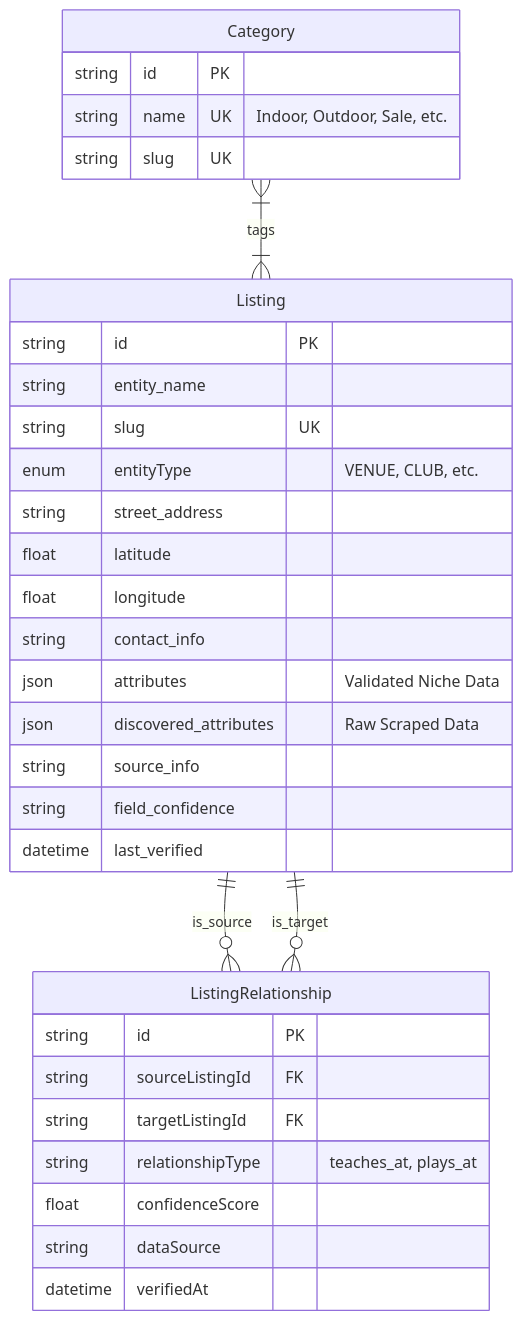
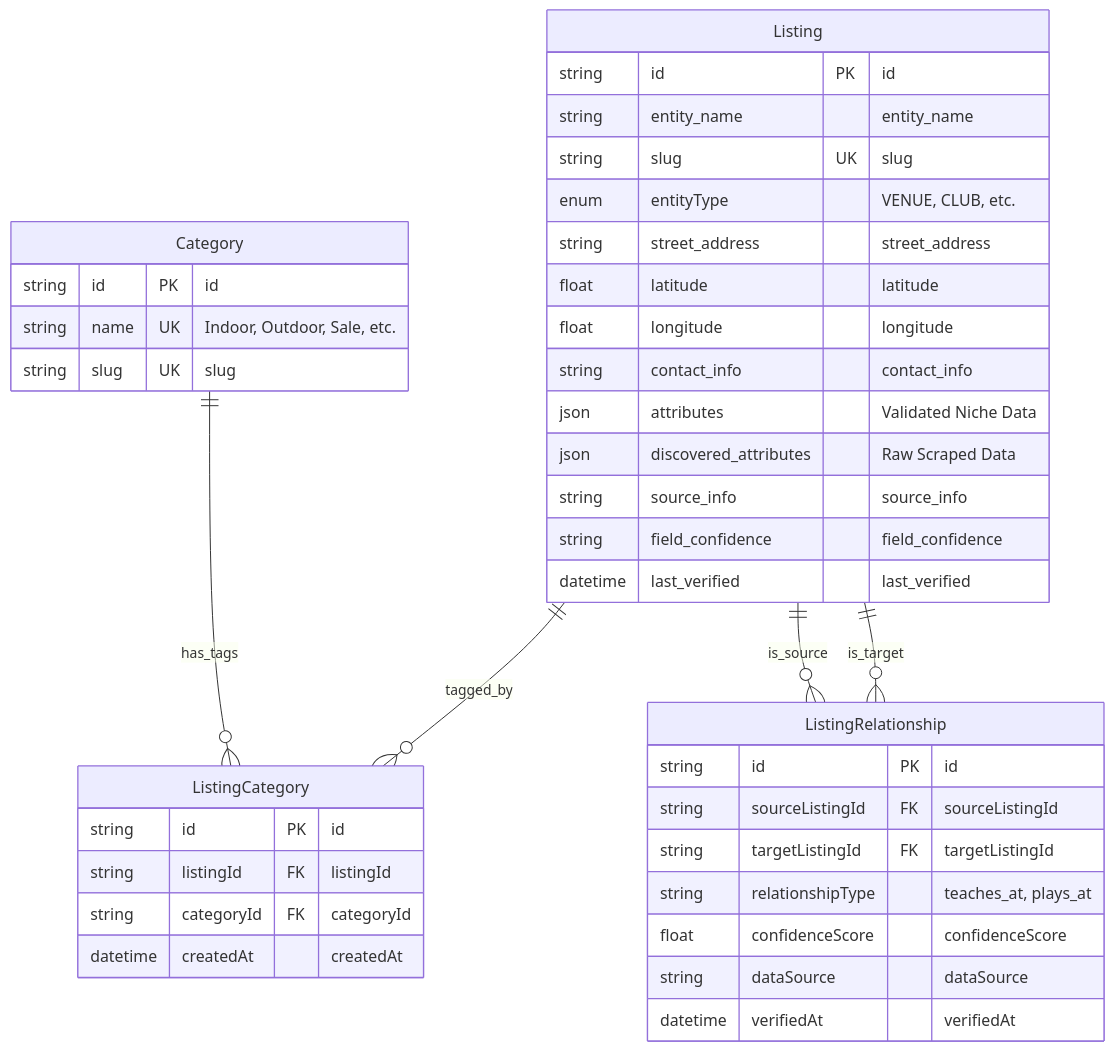
One commit to LarjGit/edinburgh-finds changed the first of 3 diagrams in ARCHITECTURE.md. Above: the diagram before and after it, drawn with Mermaid. The commit also changed other lines of this file and 8 other files, not shown here.

Commit message:
docs: update mermaid standards and C4 diagrams

````diff
--- a/ARCHITECTURE.md
+++ b/ARCHITECTURE.md
@@ -47,50 +47,58 @@
 ```mermaid
 erDiagram
     %% Core Schema (Implemented)
-    Category }|--|{ Listing : "tags"
-    
+    Category ||--o{ ListingCategory : "has_tags"
+    Listing ||--o{ ListingCategory : "tagged_by"
+
     %% Planned Extension
     Listing ||--o{ ListingRelationship : "is_source"
     Listing ||--o{ ListingRelationship : "is_target"
-    
+
     %% Enum Definition (Conceptual)
     %% EntityType Enum: VENUE, RETAILER, COACH, INSTRUCTOR, CLUB, LEAGUE, EVENT, TOURNAMENT
 
     Category {
-        string id PK
+        string id PK "id"
         string name UK "Indoor, Outdoor, Sale, etc."
-        string slug UK
+        string slug UK "slug"
+    }
+
+    ListingCategory {
+        string id PK "id"
+        string listingId FK "listingId"
+        string categoryId FK "categoryId"
+        datetime createdAt "createdAt"
     }
 
     Listing {
-        string id PK
-        string entity_name
-        string slug UK
+        string id PK "id"
+        string entity_name "entity_name"
+        string slug UK "slug"
         enum entityType "VENUE, CLUB, etc."
-        
+
         %% Core Structured Data
-        string street_address
-        float latitude
-        float longitude
-        string contact_info
-        
+        string street_address "street_address"
+        float latitude "latitude"
+        float longitude "longitude"
+        string contact_info "contact_info"
+
         %% Flexible Attribute Buckets
         json attributes "Validated Niche Data"
         json discovered_attributes "Raw Scraped Data"
-        
+
         %% Trust & Provenance
-        string source_info
-        string field_confidence
-        datetime last_verified
+        string source_info "source_info"
+        string field_confidence "field_confidence"
+        datetime last_verified "last_verified"
     }
 
     ListingRelationship {
-        string id PK
-        string sourceListingId FK
-        string targetListingId FK
+        string id PK "id"
+        string sourceListingId FK "sourceListingId"
+        string targetListingId FK "targetListingId"
         string relationshipType "teaches_at, plays_at"
-        float confidenceScore
-        string dataSource
-        datetime verifiedAt
+        float confidenceScore "confidenceScore"
+        string dataSource "dataSource"
+        datetime verifiedAt "verifiedAt"
     }
 ```
````
